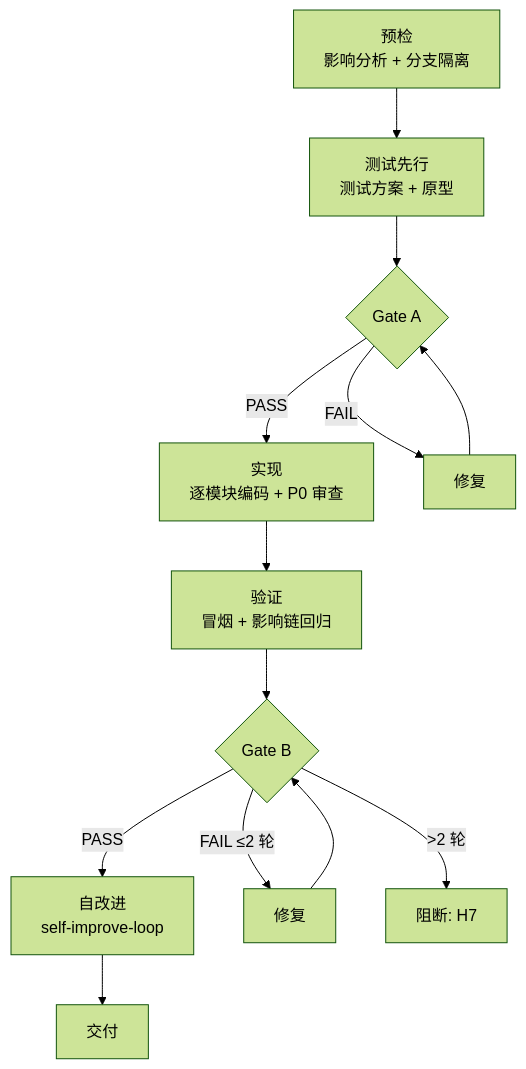
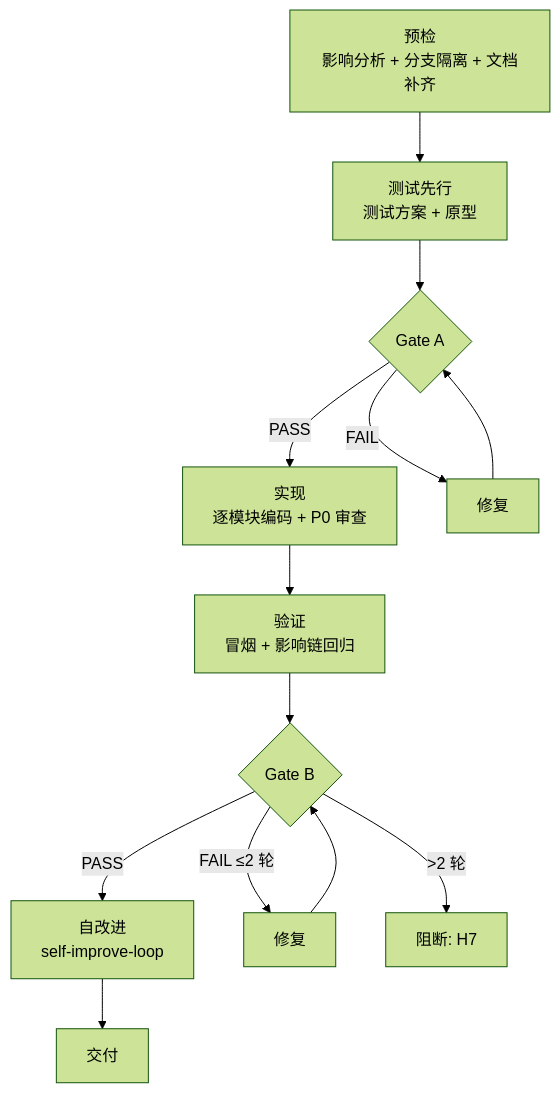
One commit to effiy/YrY changed the fifth of 7 diagrams in skills/rui/SKILL.md. Above: the diagram before and after it, drawn with Mermaid (forest theme). The commit also changed other lines of this file, not shown here.

````diff
--- a/skills/rui/SKILL.md
+++ b/skills/rui/SKILL.md
@@ -187,15 +187,15 @@
 ```mermaid
 flowchart TD
-    PRECHECK["预检<br/>影响分析 + 分支隔离"] --> TESTFIRST["测试先行<br/>测试方案 + 原型"]
+    PRECHECK["预检<br/>影响分析 + 分支隔离 + 文档补齐"] --> TESTFIRST["测试先行<br/>测试方案 + 原型"]
     TESTFIRST --> GA{Gate A}
     GA -->|PASS| IMPL["实现<br/>逐模块编码 + P0 审查"]
     GA -->|FAIL| FIX1[修复]
     FIX1 --> GA
     IMPL --> VERIFY["验证<br/>冒烟 + 影响链回归"]
     VERIFY --> GB{Gate B}
     GB -->|PASS| SELF["自改进<br/>self-improve-loop"]
     GB -->|FAIL ≤2 轮| FIX2[修复]
     FIX2 --> GB
     GB -->|>2 轮| BLOCK[阻断: H7]
     SELF --> DELIVER[交付]
 ```
````
